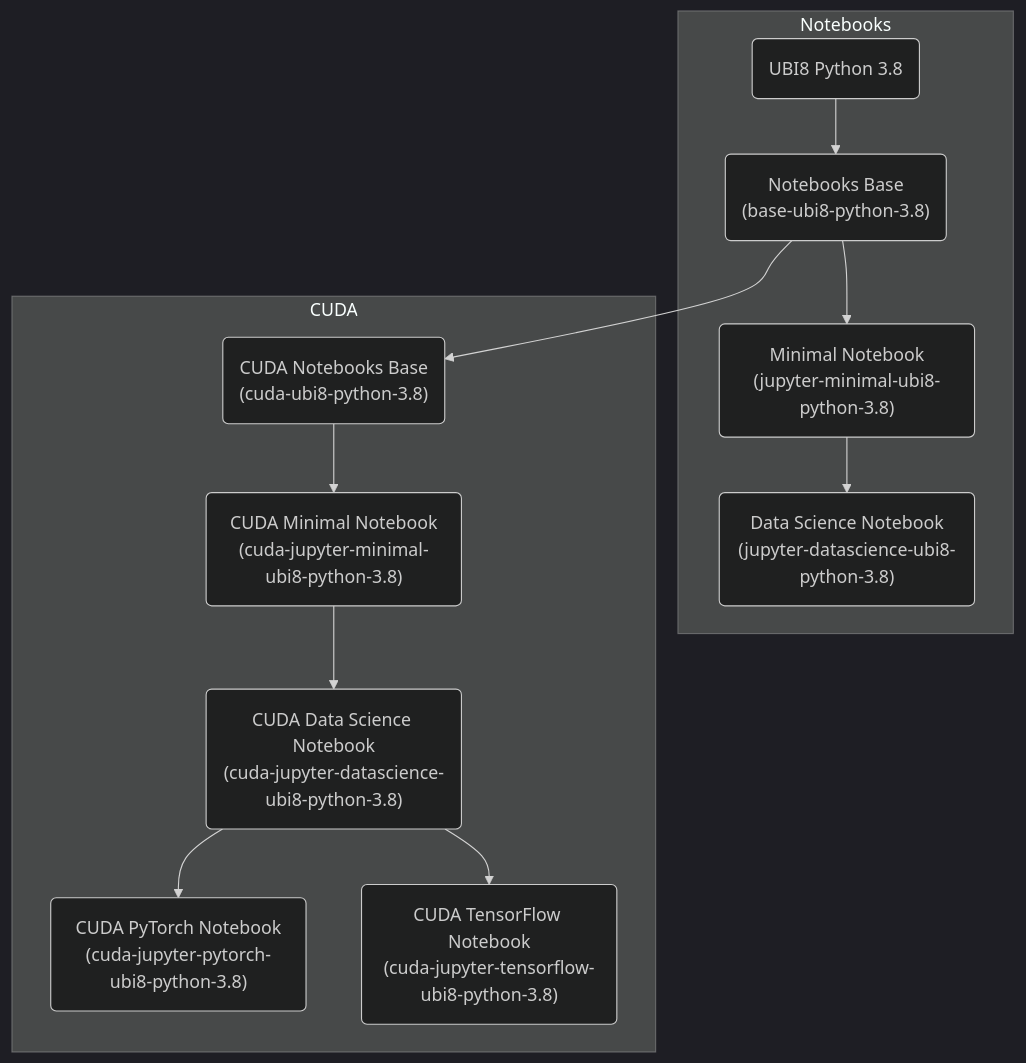
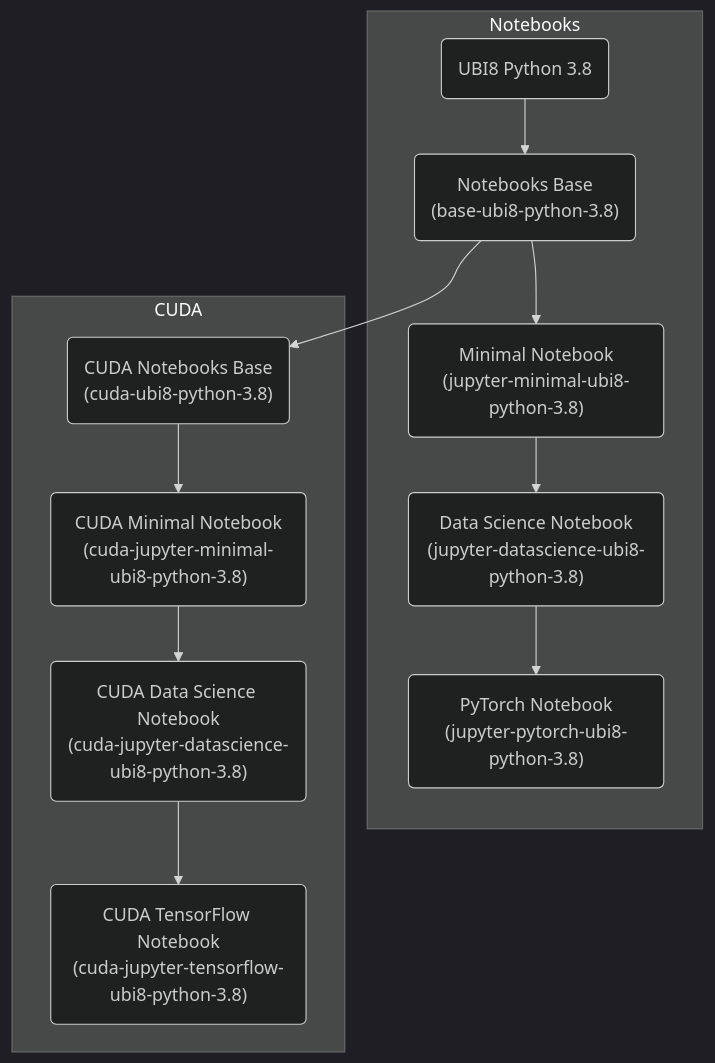
Before and after one commit to opendatahub-io/notebooks: the diagram in README.md, drawn with Mermaid (dark theme). The commit also changed other lines of this file and 10 other files, not shown here.

Commit message:
Update PyTorch notebook to get dirived from data science notebook

````diff
--- a/README.md
+++ b/README.md
@@ -9,31 +9,31 @@
 ```mermaid
 graph TB
     subgraph Notebooks
         %% Nodes
         ubi8-python-3.8(UBI8 Python 3.8);
         base-ubi8-python-3.8("Notebooks Base<br/>(base-ubi8-python-3.8)");
         jupyter-minimal-ubi8-python-3.8("Minimal Notebook<br/>(jupyter-minimal-ubi8-python-3.8)");
         jupyter-datascience-ubi8-python-3.8("Data Science Notebook<br/>(jupyter-datascience-ubi8-python-3.8)");
+        jupyter-pytorch-ubi8-python-3.8("PyTorch Notebook<br/>(jupyter-pytorch-ubi8-python-3.8)");
 
         %% Edges
         ubi8-python-3.8 --> base-ubi8-python-3.8;
         base-ubi8-python-3.8 --> jupyter-minimal-ubi8-python-3.8;
         jupyter-minimal-ubi8-python-3.8 --> jupyter-datascience-ubi8-python-3.8;
+        jupyter-datascience-ubi8-python-3.8 --> jupyter-pytorch-ubi8-python-3.8;
     end
 
     subgraph CUDA
         %% Nodes
         cuda-ubi8-python-3.8("CUDA Notebooks Base<br/>(cuda-ubi8-python-3.8)");
         cuda-jupyter-minimal-ubi8-python-3.8("CUDA Minimal Notebook<br/>(cuda-jupyter-minimal-ubi8-python-3.8)");
         cuda-jupyter-datascience-ubi8-python-3.8("CUDA Data Science Notebook<br/>(cuda-jupyter-datascience-ubi8-python-3.8)");
-        cuda-jupyter-pytorch-ubi8-python-3.8("CUDA PyTorch Notebook<br/>(cuda-jupyter-pytorch-ubi8-python-3.8)");
         cuda-jupyter-tensorflow-ubi8-python-3.8("CUDA TensorFlow Notebook<br/>(cuda-jupyter-tensorflow-ubi8-python-3.8)");
 
         %% Edges
         base-ubi8-python-3.8 --> cuda-ubi8-python-3.8;
         cuda-ubi8-python-3.8 --> cuda-jupyter-minimal-ubi8-python-3.8;
         cuda-jupyter-minimal-ubi8-python-3.8 --> cuda-jupyter-datascience-ubi8-python-3.8;
-        cuda-jupyter-datascience-ubi8-python-3.8 --> cuda-jupyter-pytorch-ubi8-python-3.8;
         cuda-jupyter-datascience-ubi8-python-3.8 --> cuda-jupyter-tensorflow-ubi8-python-3.8;
     end
 ```
````
